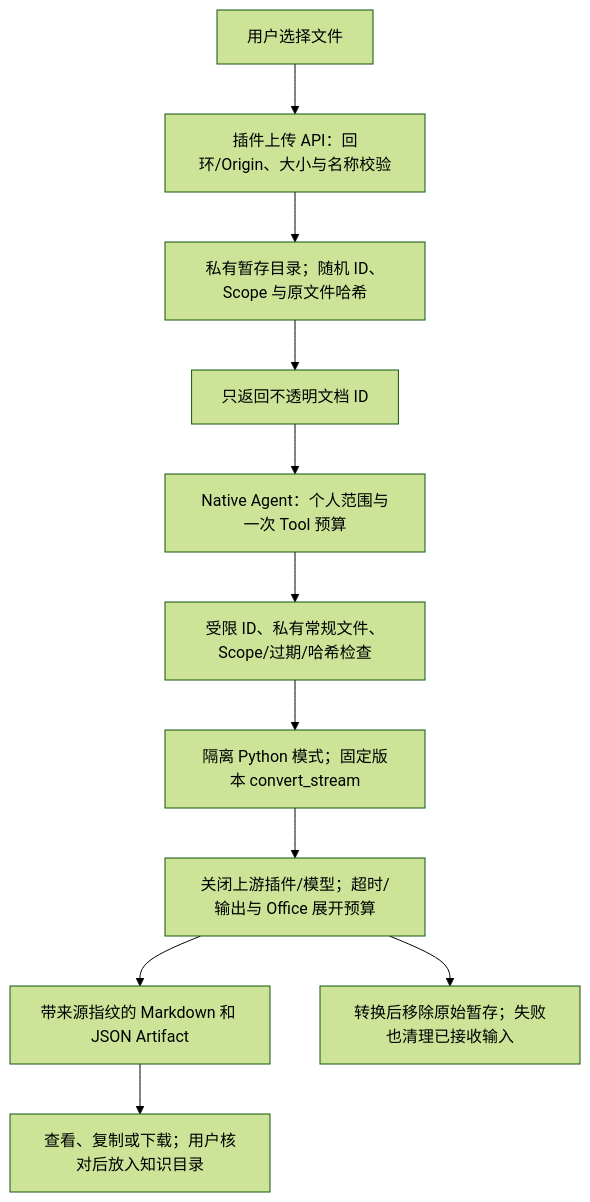
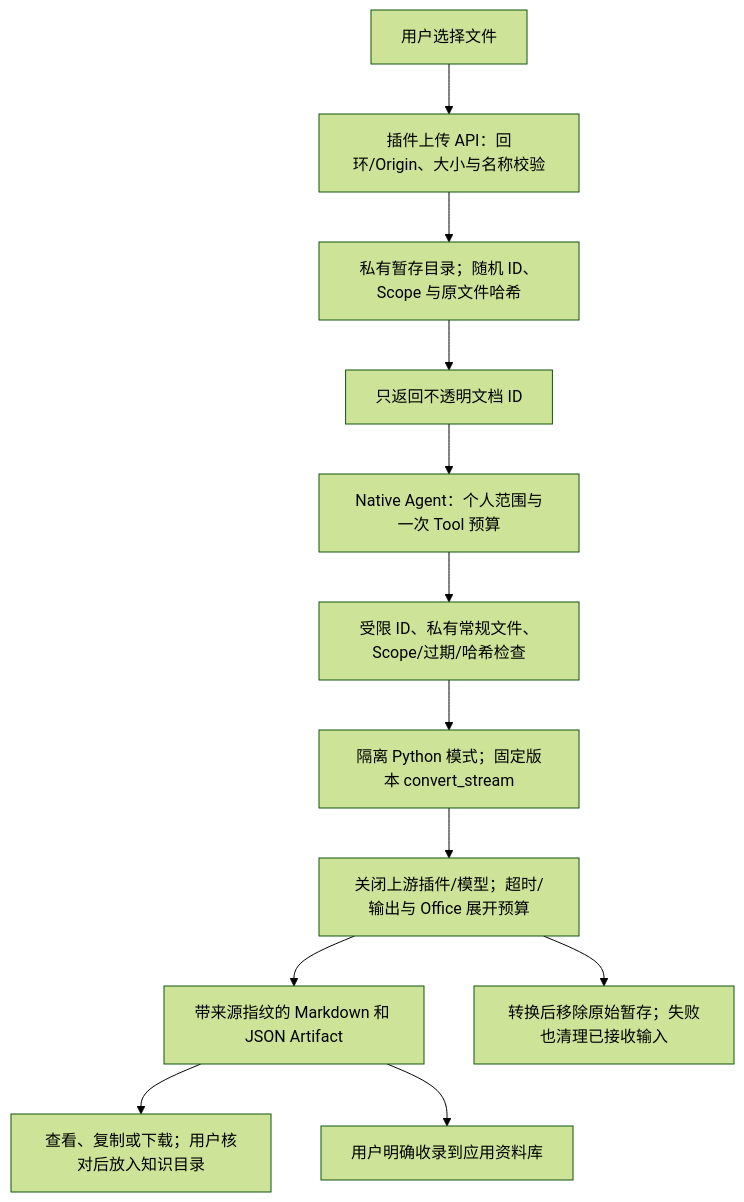
Before and after one commit to KlayPeter/AI-Delivery-Ops-Agent: the diagram in backend/src/connectors/markitdown/FEATURE.md, drawn with Mermaid (forest theme). The commit also changed other lines of this file and 29 other files, not shown here.

````diff
--- a/backend/src/connectors/markitdown/FEATURE.md
+++ b/backend/src/connectors/markitdown/FEATURE.md
@@ -20,13 +20,14 @@
 ```mermaid
 flowchart TD
     F[用户选择文件] --> API[插件上传 API：回环/Origin、大小与名称校验]
     API --> TMP[私有暂存目录；随机 ID、Scope 与原文件哈希]
     TMP --> ID[只返回不透明文档 ID]
     ID --> RUN[Native Agent：个人范围与一次 Tool 预算]
     RUN --> LOAD[受限 ID、私有常规文件、Scope/过期/哈希检查]
     LOAD --> PY[隔离 Python 模式；固定版本 convert_stream]
     PY --> LIMIT[关闭上游插件/模型；超时/输出与 Office 展开预算]
     LIMIT --> MD[带来源指纹的 Markdown 和 JSON Artifact]
     LIMIT --> CLEAN[转换后移除原始暂存；失败也清理已接收输入]
     MD --> UI[查看、复制或下载；用户核对后放入知识目录]
+    MD --> KLIB[用户明确收录到应用资料库]
 ```
````
